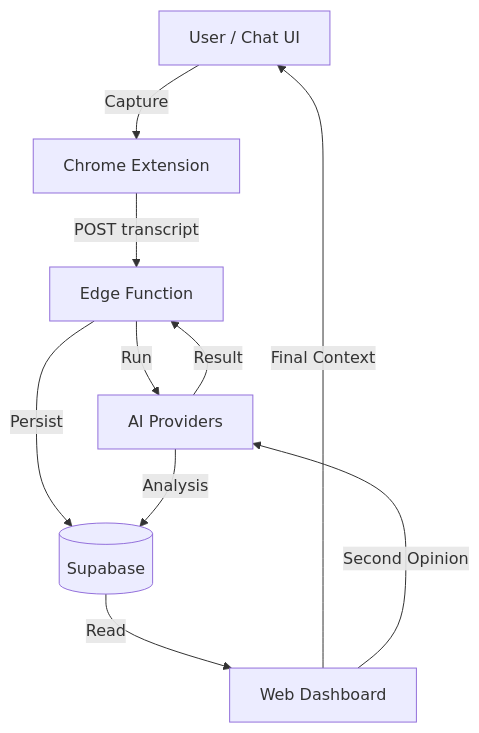
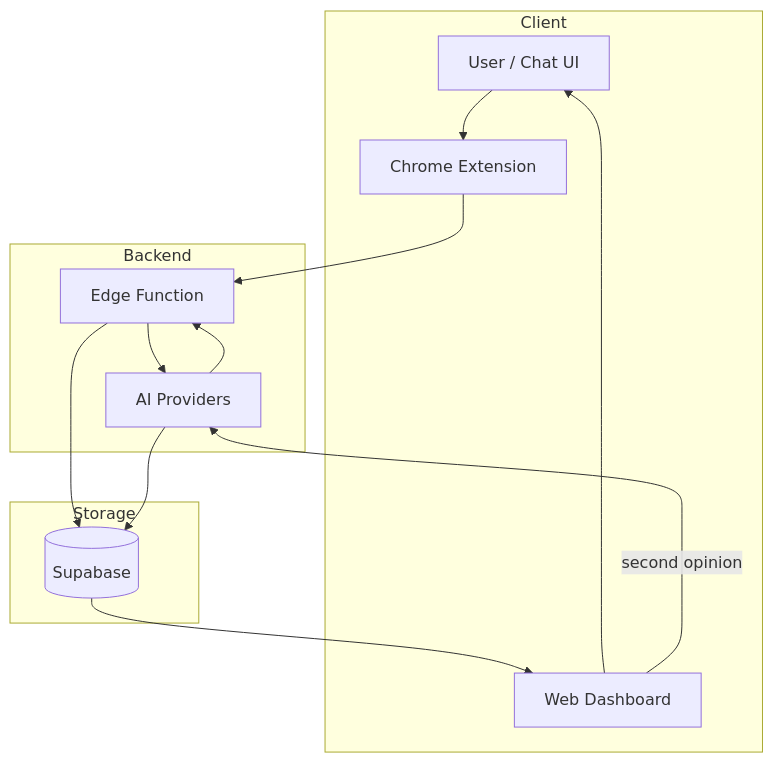
Before and after one commit to SuperfiedStudd/context-parking: the diagram in README.md, drawn with Mermaid.

Commit message:
docs: clean diagram3

````diff
--- a/README.md
+++ b/README.md
@@ -19,14 +19,27 @@
 ```mermaid
 graph TD
-  USER["User / Chat UI"]
+  subgraph Client
+    USER["User / Chat UI"]
+    EXT["Chrome Extension"]
+    DASH["Web Dashboard"]
+  end
 
-  USER -- Capture --> EXT["Chrome Extension"]
-  EXT -- POST transcript --> EDGE["Edge Function"]
-  EDGE -- Run --> AI["AI Providers"]
-  AI -- Result --> EDGE
-  EDGE -- Persist --> DB[("Supabase")]
-  DB -- Read --> DASH["Web Dashboard"]
-  DASH -- Final Context --> USER
-  DASH -- Second Opinion --> AI
-  AI -- Analysis --> DB
+  subgraph Backend
+    EDGE["Edge Function"]
+    AI["AI Providers"]
+  end
+
+  subgraph Storage
+    DB[("Supabase")]
+  end
+
+  USER --> EXT
+  EXT --> EDGE
+  EDGE --> AI
+  AI --> EDGE
+  EDGE --> DB
+  DB --> DASH
+  DASH --> USER
+  DASH -- second opinion --> AI
+  AI --> DB
 ```
````
